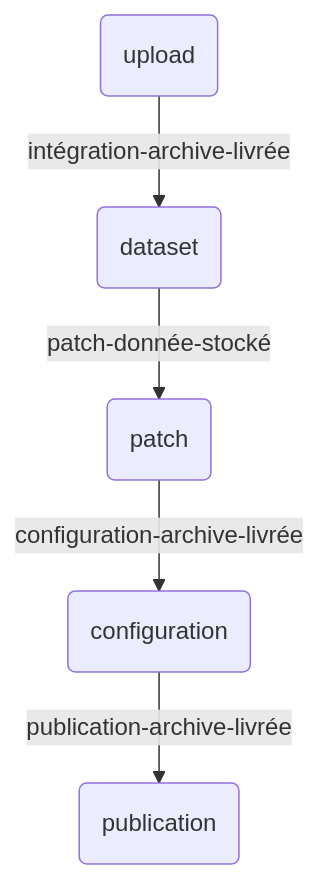
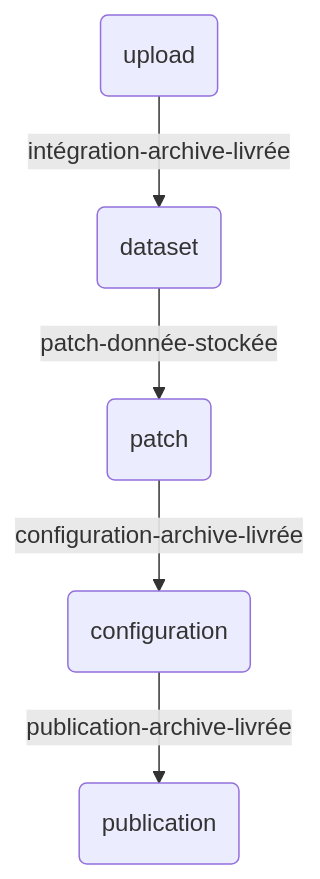
The diagram in docs/tutoriel_1_archive.md (ignf-sidc/ignf-gpf-sdk), drawn with Mermaid before and after one commit. The commit also changed other lines of this file and 3 other files, not shown here.

````diff
--- a/docs/tutoriel_1_archive.md
+++ b/docs/tutoriel_1_archive.md
@@ -75,8 +75,8 @@
 ```mermaid
 %% doc mermaid ici https://mermaid-js.github.io/mermaid/#/flowchart?id=flowcharts-basic-syntax
 flowchart TD
     A("upload") -->|intégration-archive-livrée| B("dataset")
-    B -->|patch-donnée-stocké|C("patch")
+    B -->|patch-donnée-stockée|C("patch")
     C-->|configuration-archive-livrée| D(configuration)
     D -->|publication-archive-livrée| E(publication)
 ```
````
